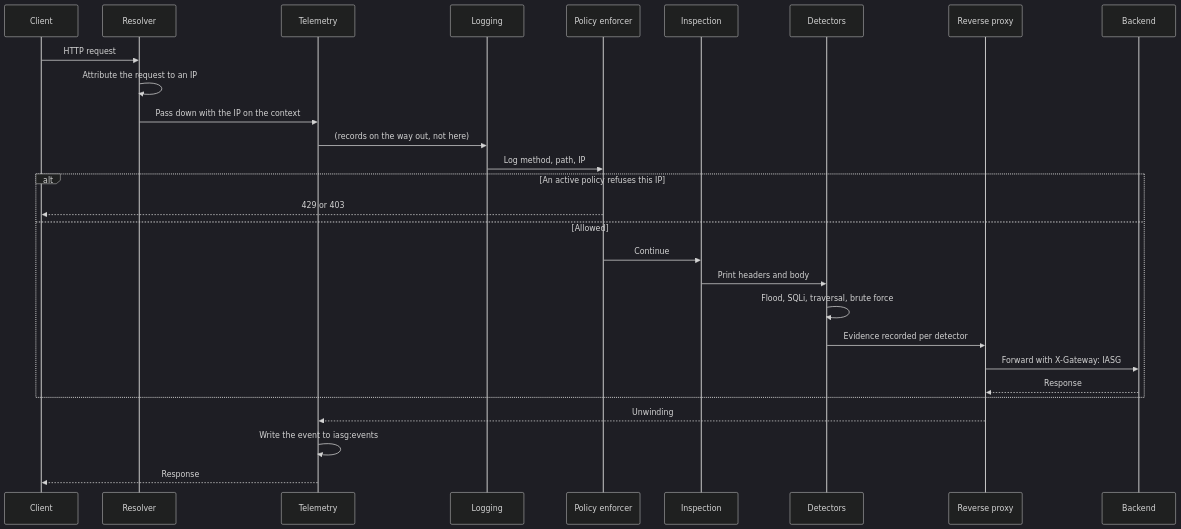
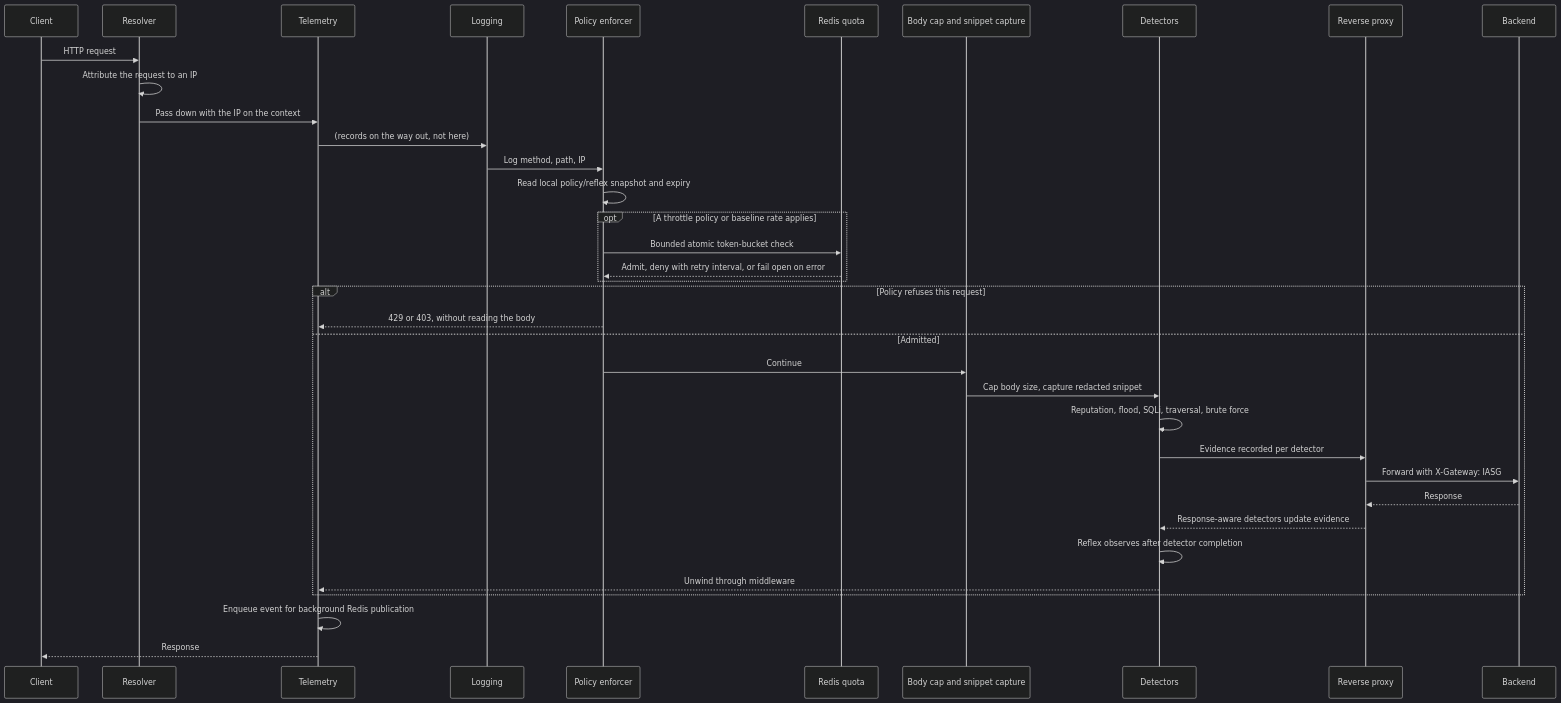
Before and after one commit to Adnan-Safdari/Intelligent_API_Security_Gateway: the diagram in gateway/docs/request-lifecycle.md, drawn with Mermaid (dark theme). The commit also changed other lines of this file and 36 other files, not shown here.

````diff
--- a/gateway/docs/request-lifecycle.md
+++ b/gateway/docs/request-lifecycle.md
@@ -11,31 +11,39 @@
 ```mermaid
 sequenceDiagram
     participant C as Client
     participant R as Resolver
     participant T as Telemetry
     participant L as Logging
     participant P as Policy enforcer
-    participant I as Inspection
+    participant Q as Redis quota
+    participant I as Body cap and snippet capture
     participant D as Detectors
     participant RP as Reverse proxy
     participant B as Backend
 
     C->>R: HTTP request
     R->>R: Attribute the request to an IP
     R->>T: Pass down with the IP on the context
     T->>L: (records on the way out, not here)
     L->>P: Log method, path, IP
-    alt An active policy refuses this IP
-        P-->>C: 429 or 403
-    else Allowed
+    P->>P: Read local policy/reflex snapshot and expiry
+    opt A throttle policy or baseline rate applies
+        P->>Q: Bounded atomic token-bucket check
+        Q-->>P: Admit, deny with retry interval, or fail open on error
+    end
+    alt Policy refuses this request
+        P-->>T: 429 or 403, without reading the body
+    else Admitted
         P->>I: Continue
-        I->>D: Print headers and body
-        D->>D: Flood, SQLi, traversal, brute force
+        I->>D: Cap body size, capture redacted snippet
+        D->>D: Reputation, flood, SQLi, traversal, brute force
         D->>RP: Evidence recorded per detector
         RP->>B: Forward with X-Gateway: IASG
         B-->>RP: Response
+        RP-->>D: Response-aware detectors update evidence
+        D->>D: Reflex observes after detector completion
+        D-->>T: Unwind through middleware
     end
-    RP-->>T: Unwinding
-    T->>T: Write the event to iasg:events
+    T->>T: Enqueue event for background Redis publication
     T-->>C: Response
 ```
````
